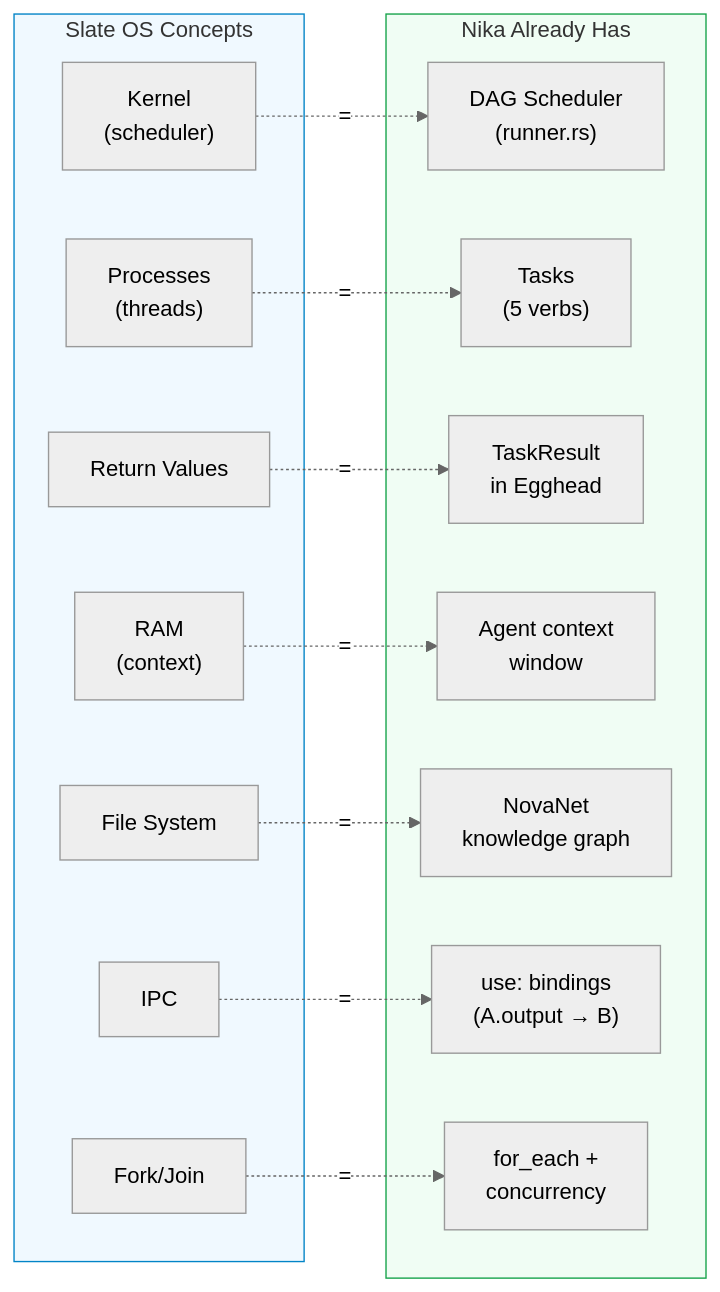
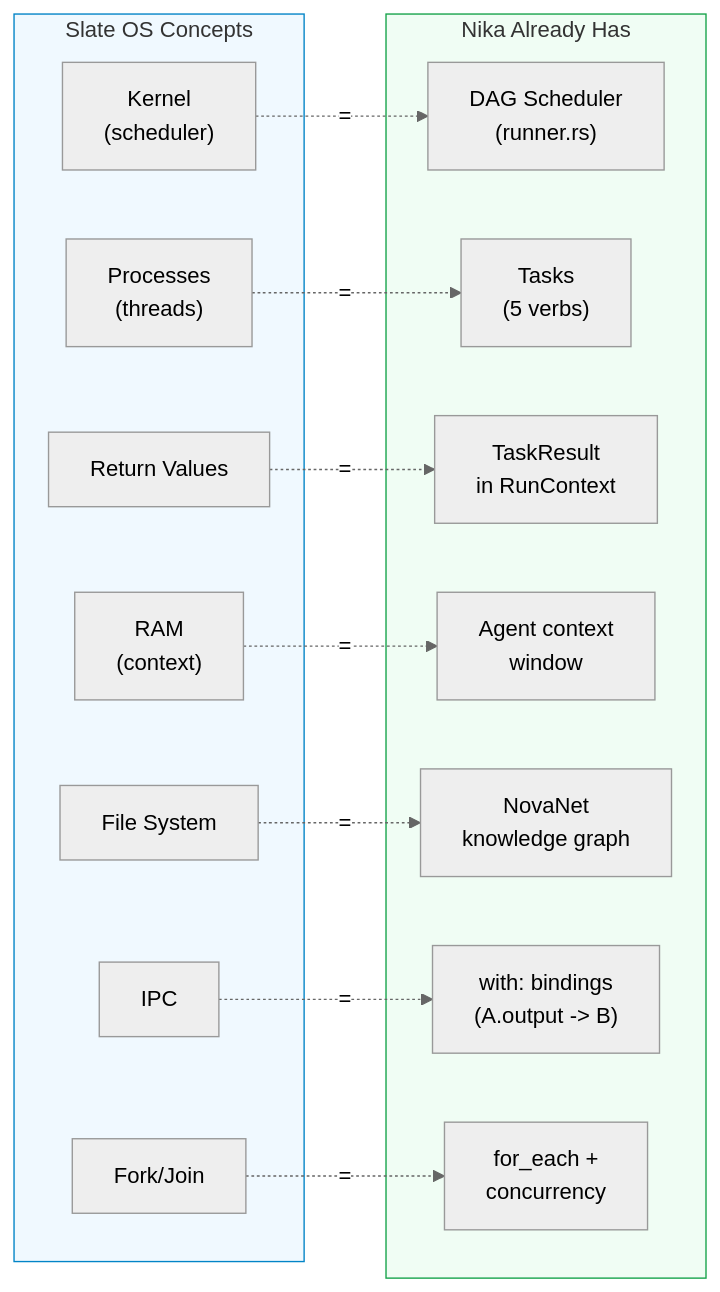
The tenth of 15 diagrams in docs/vision/03-competitive-and-inspiration.md (supernovae-st/nika), drawn with Mermaid (neutral theme) before and after one commit. The commit also changed other lines of this file and 5 other files, not shown here.

````diff
--- a/docs/vision/03-competitive-and-inspiration.md
+++ b/docs/vision/03-competitive-and-inspiration.md
@@ -482,33 +673,33 @@
 ```mermaid
 flowchart LR
     subgraph SLATE["Slate OS Concepts"]
         SK["Kernel\n(scheduler)"]
         SP["Processes\n(threads)"]
         SRV["Return Values"]
         SRAM["RAM\n(context)"]
         SFS["File System"]
         SIPC["IPC"]
         SFJ["Fork/Join"]
     end
 
     subgraph NIKA["Nika Already Has"]
         NK["DAG Scheduler\n(runner.rs)"]
         NP["Tasks\n(5 verbs)"]
-        NRV["TaskResult\nin Egghead"]
+        NRV["TaskResult\nin RunContext"]
         NRAM["Agent context\nwindow"]
         NFS["NovaNet\nknowledge graph"]
-        NIPC["use: bindings\n(A.output → B)"]
+        NIPC["with: bindings\n(A.output -> B)"]
         NFJ["for_each +\nconcurrency"]
     end
 
     SK -.->|"="| NK
     SP -.->|"="| NP
     SRV -.->|"="| NRV
     SRAM -.->|"="| NRAM
     SFS -.->|"="| NFS
     SIPC -.->|"="| NIPC
     SFJ -.->|"="| NFJ
 
     style SLATE fill:#f0f9ff,stroke:#0284c7
     style NIKA fill:#f0fdf4,stroke:#16a34a
 ```
````
